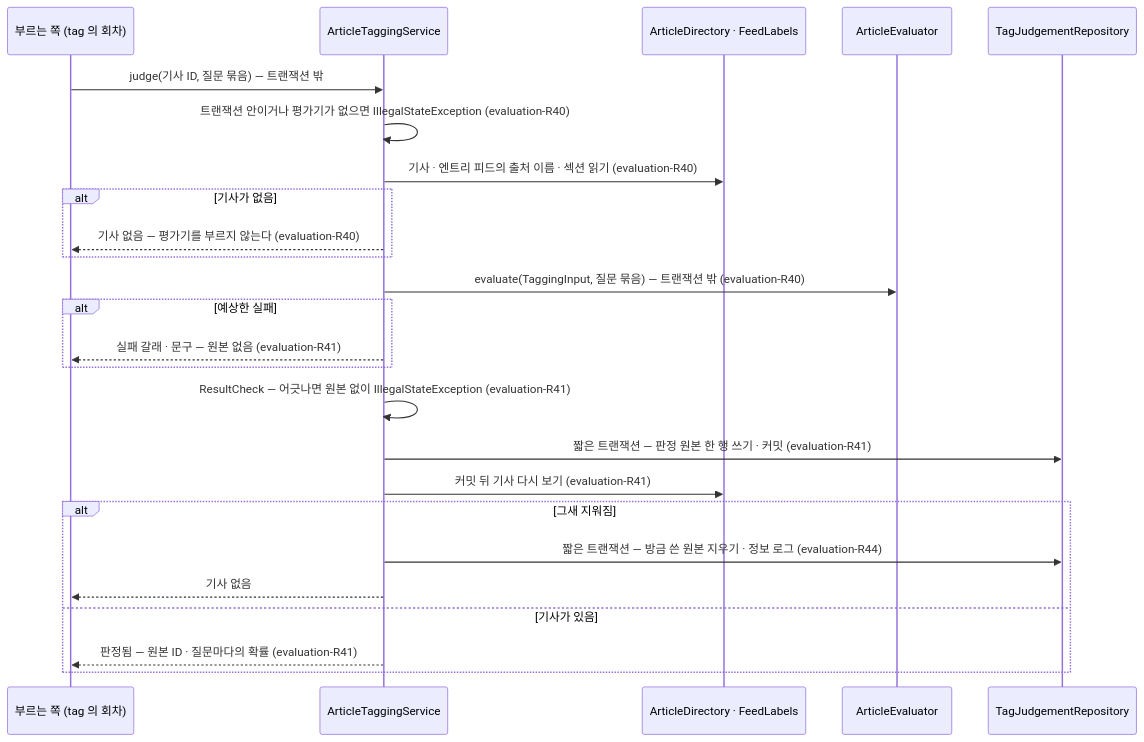
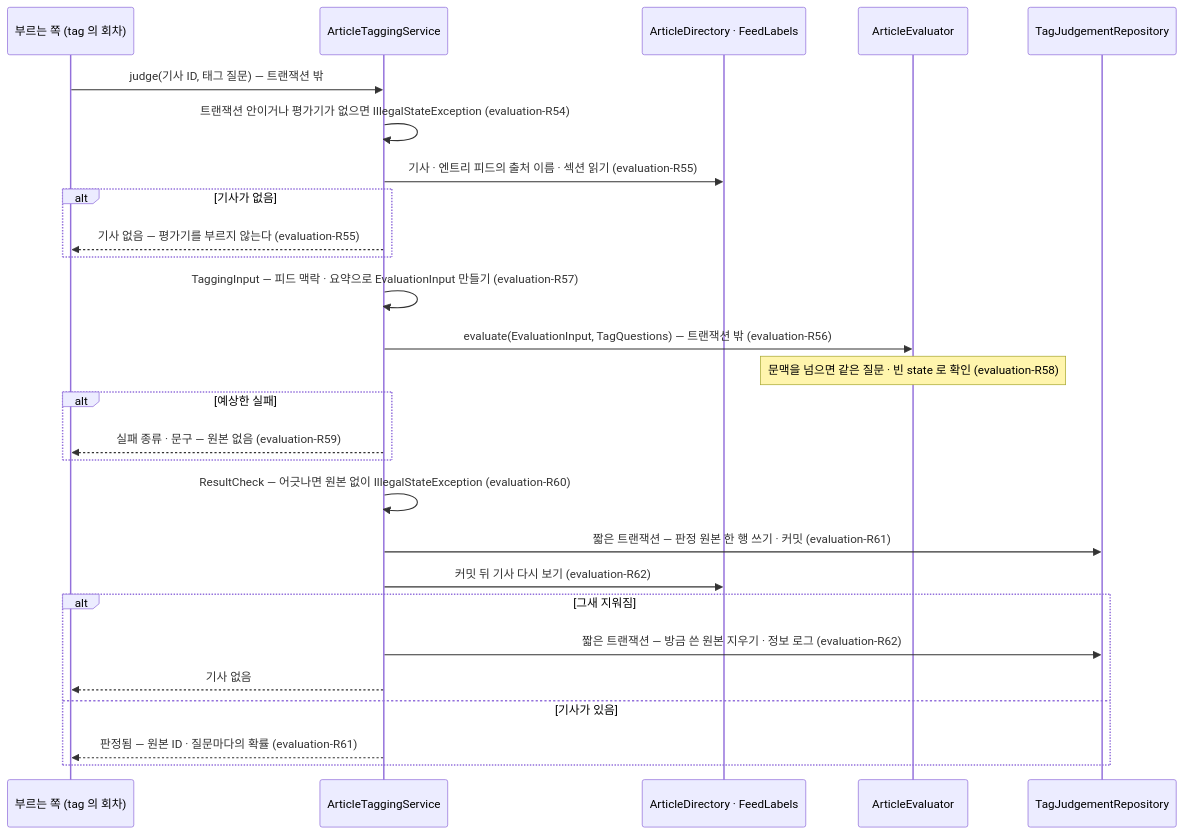
One commit to Theia0382/yozm-news changed the first of 5 diagrams in docs/specs/evaluation.md. Above: the diagram before and after it, drawn with Mermaid. The commit also changed other lines of this file and 2 other files, not shown here.

First line of the commit message:
docs: evaluation Spec 다시 쓰기 — 규칙 쪼개기 · 폐지한 규칙 절 · 시퀀스 그림 · 이름 정리

````diff
--- a/docs/specs/evaluation.md
+++ b/docs/specs/evaluation.md
@@ -514,28 +572,30 @@
 ```mermaid
 sequenceDiagram
     participant C as 부르는 쪽 (tag 의 회차)
     participant S as ArticleTaggingService
     participant A as ArticleDirectory · FeedLabels
     participant P as ArticleEvaluator
     participant J as TagJudgementRepository
 
-    C->>S: judge(기사 ID, 질문 묶음) — 트랜잭션 밖
-    S->>S: 트랜잭션 안이거나 평가기가 없으면 IllegalStateException (evaluation-R40)
-    S->>A: 기사 · 엔트리 피드의 출처 이름 · 섹션 읽기 (evaluation-R40)
+    C->>S: judge(기사 ID, 태그 질문) — 트랜잭션 밖
+    S->>S: 트랜잭션 안이거나 평가기가 없으면 IllegalStateException (evaluation-R54)
+    S->>A: 기사 · 엔트리 피드의 출처 이름 · 섹션 읽기 (evaluation-R55)
     alt 기사가 없음
-        S-->>C: 기사 없음 — 평가기를 부르지 않는다 (evaluation-R40)
+        S-->>C: 기사 없음 — 평가기를 부르지 않는다 (evaluation-R55)
     end
-    S->>P: evaluate(TaggingInput, 질문 묶음) — 트랜잭션 밖 (evaluation-R40)
+    S->>S: TaggingInput — 피드 맥락 · 요약으로 EvaluationInput 만들기 (evaluation-R57)
+    S->>P: evaluate(EvaluationInput, TagQuestions) — 트랜잭션 밖 (evaluation-R56)
+    Note over P: 문맥을 넘으면 같은 질문 · 빈 state 로 확인 (evaluation-R58)
     alt 예상한 실패
-        S-->>C: 실패 갈래 · 문구 — 원본 없음 (evaluation-R41)
+        S-->>C: 실패 종류 · 문구 — 원본 없음 (evaluation-R59)
     end
-    S->>S: ResultCheck — 어긋나면 원본 없이 IllegalStateException (evaluation-R41)
-    S->>J: 짧은 트랜잭션 — 판정 원본 한 행 쓰기 · 커밋 (evaluation-R41)
-    S->>A: 커밋 뒤 기사 다시 보기 (evaluation-R41)
+    S->>S: ResultCheck — 어긋나면 원본 없이 IllegalStateException (evaluation-R60)
+    S->>J: 짧은 트랜잭션 — 판정 원본 한 행 쓰기 · 커밋 (evaluation-R61)
+    S->>A: 커밋 뒤 기사 다시 보기 (evaluation-R62)
     alt 그새 지워짐
-        S->>J: 짧은 트랜잭션 — 방금 쓴 원본 지우기 · 정보 로그 (evaluation-R44)
+        S->>J: 짧은 트랜잭션 — 방금 쓴 원본 지우기 · 정보 로그 (evaluation-R62)
         S-->>C: 기사 없음
     else 기사가 있음
-        S-->>C: 판정됨 — 원본 ID · 질문마다의 확률 (evaluation-R41)
+        S-->>C: 판정됨 — 원본 ID · 질문마다의 확률 (evaluation-R61)
     end
 ```
````
